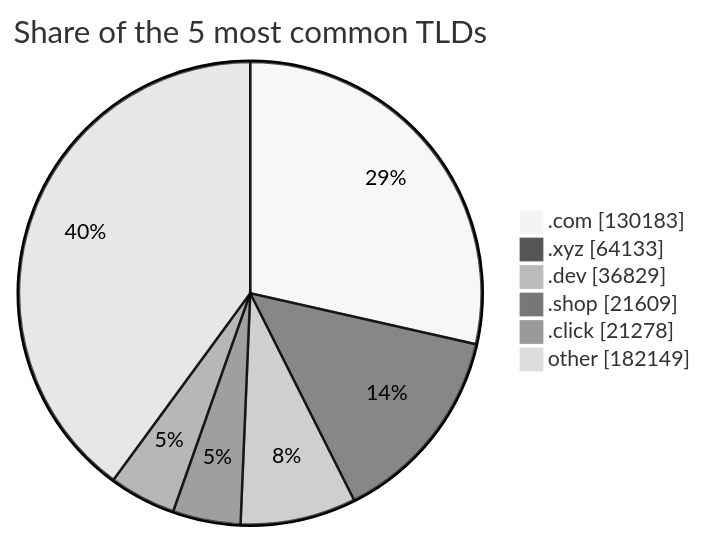
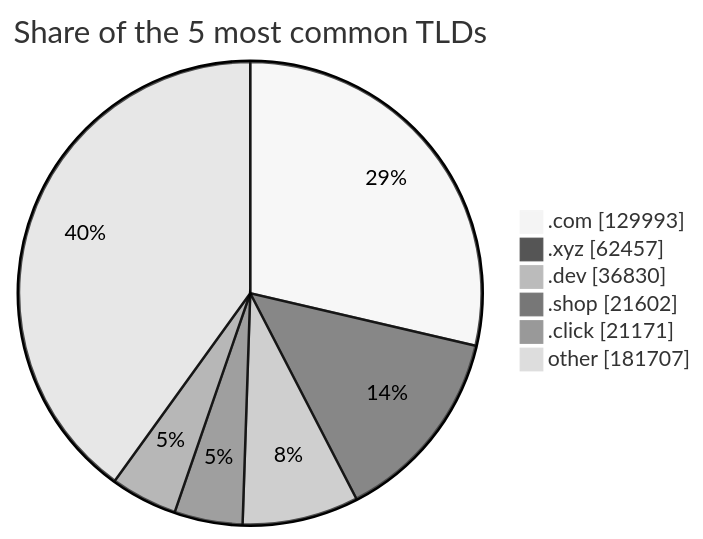
One commit to DNSBunker/CTI changed the third of 3 diagrams in README.md. Above: the diagram before and after it, drawn with Mermaid (neutral theme). The commit also changed other lines of this file and 3 other files, not shown here.

````diff
--- a/README.md
+++ b/README.md
@@ -81,9 +81,9 @@
 ```mermaid
 pie showData title Share of the 5 most common TLDs
-    ".com" : 130183
-    ".xyz" : 64133
-    ".dev" : 36829
-    ".shop" : 21609
-    ".click" : 21278
-    "other" : 182149
+    ".com" : 129993
+    ".xyz" : 62457
+    ".dev" : 36830
+    ".shop" : 21602
+    ".click" : 21171
+    "other" : 181707
 ```
````
